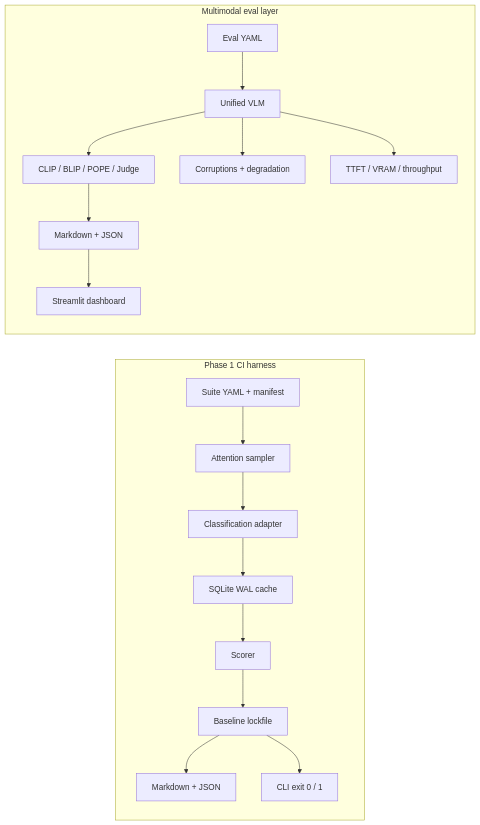
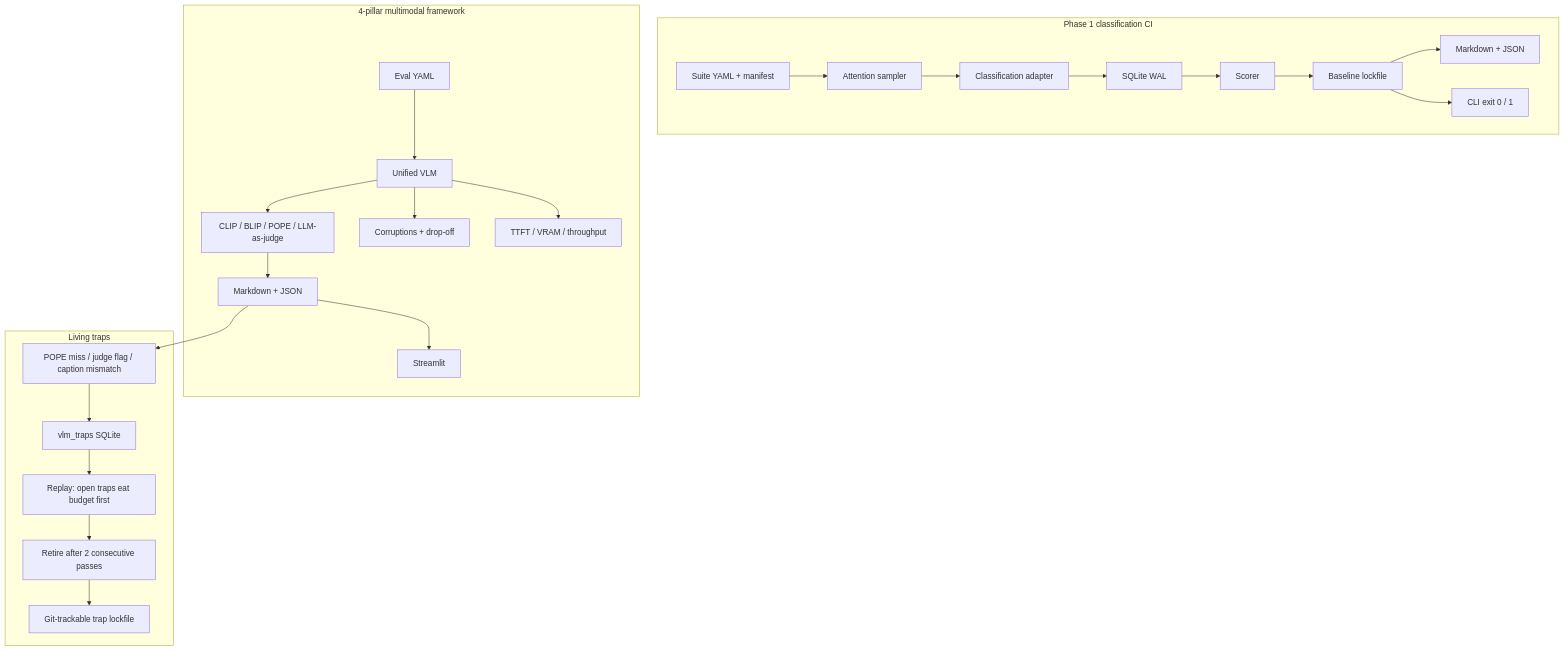
The diagram in README.md (nishanttyagi28/VisionEval), drawn with Mermaid before and after one commit. The commit also changed other lines of this file, not shown here.

Commit message:
Rewrite README for public launch: badges, architecture, living traps, CLI, Streamlit.

````diff
--- a/README.md
+++ b/README.md
@@ -16,20 +67,27 @@
 ```mermaid
-flowchart LR
-  subgraph ci [Phase 1 CI harness]
+flowchart TB
+  subgraph ci [Phase 1 classification CI]
     A[Suite YAML + manifest] --> B[Attention sampler]
     B --> C[Classification adapter]
-    C --> D[SQLite WAL cache]
+    C --> D[SQLite WAL]
     D --> E[Scorer]
     E --> F[Baseline lockfile]
     F --> G[Markdown + JSON]
-    F --> H[CLI exit 0 / 1]
+    F --> H["CLI exit 0 / 1"]
   end
-  subgraph mm [Multimodal eval layer]
+  subgraph mm [4-pillar multimodal framework]
     I[Eval YAML] --> J[Unified VLM]
-    J --> K[CLIP / BLIP / POPE / Judge]
-    J --> L[Corruptions + degradation]
+    J --> K["CLIP / BLIP / POPE / LLM-as-judge"]
+    J --> L[Corruptions + drop-off]
     J --> M[TTFT / VRAM / throughput]
     K --> N[Markdown + JSON]
-    N --> O[Streamlit dashboard]
+    N --> O[Streamlit]
   end
+  subgraph traps [Living traps]
+    P[POPE miss / judge flag / caption mismatch] --> Q[vlm_traps SQLite]
+    Q --> R[Replay: open traps eat budget first]
+    R --> S[Retire after 2 consecutive passes]
+    S --> T[Git-trackable trap lockfile]
+  end
+  N --> P
 ```
````
